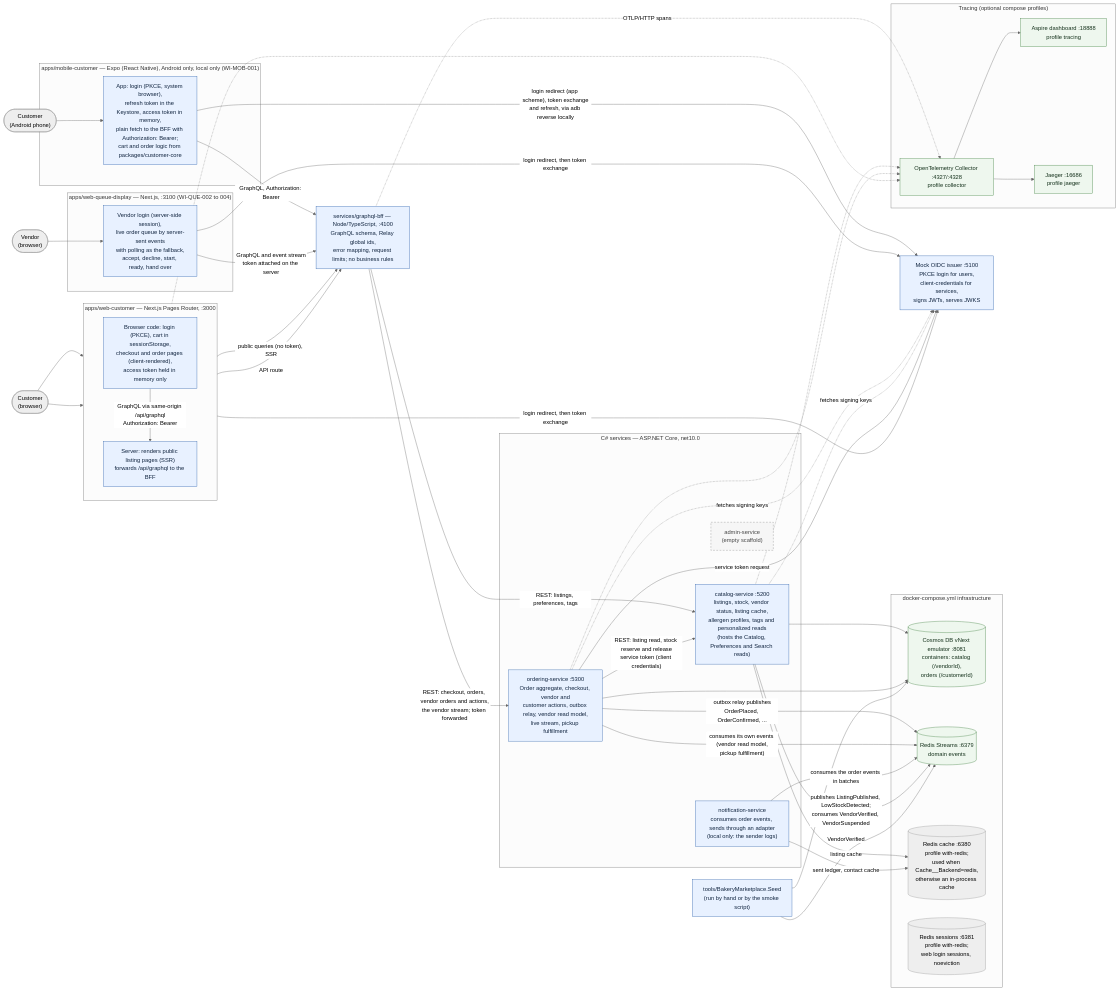
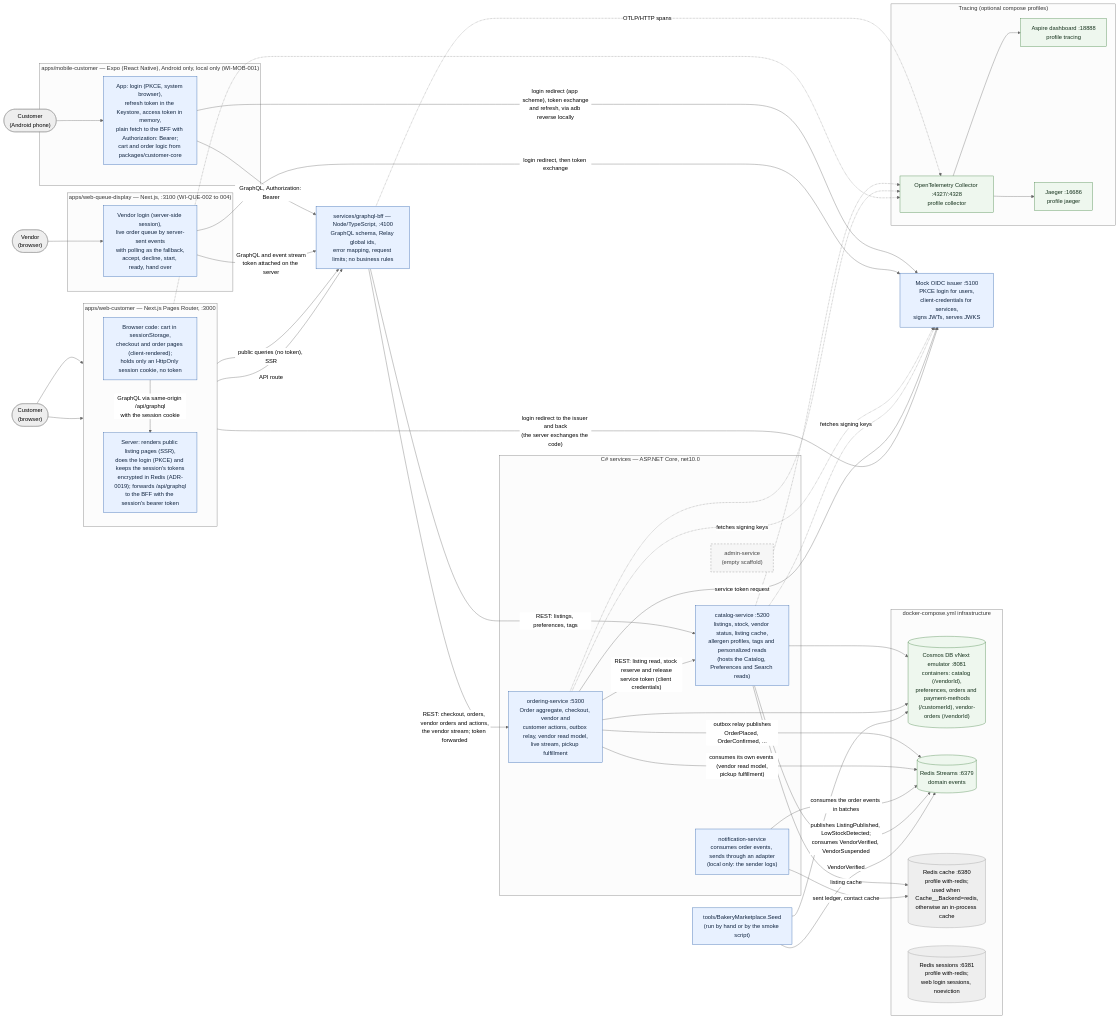
The first of 2 diagrams in docs/architecture/c4/container.md (benjamin-hedrick/bakery-marketplace), drawn with Mermaid (neutral theme) before and after one commit. The commit also changed other lines of this file, not shown here.

Commit message:
Container diagram: the customer app's login and tokens are on its server (ADR-0019); the Cosmos containers listed
The diagram still said the browser does the PKCE login and holds the access token in memory, which stopped
being true when ADR-0019 moved the session to the web app's server (HttpOnly cookie, tokens encrypted in
Redis, bearer attached by /api/graphql). The Cosmos box now names every container the services create.
Found by the public-presentation review, 2026-11-16.

```diff
--- a/docs/architecture/c4/container.md
+++ b/docs/architecture/c4/container.md
@@ -19,8 +19,8 @@
 
     subgraph WEB["apps/web-customer — Next.js Pages Router, :3000"]
         direction TB
-        SSR["Server: renders public listing pages (SSR)<br/>forwards /api/graphql to the BFF"]
-        CSR["Browser code: login (PKCE), cart in sessionStorage,<br/>checkout and order pages (client-rendered),<br/>access token held in memory only"]
+        SSR["Server: renders public listing pages (SSR),<br/>does the login (PKCE) and keeps the session's tokens<br/>encrypted in Redis (ADR-0019); forwards /api/graphql<br/>to the BFF with the session's bearer token"]
+        CSR["Browser code: cart in sessionStorage,<br/>checkout and order pages (client-rendered);<br/>holds only an HttpOnly session cookie, no token"]
     end
 
     subgraph APP["apps/mobile-customer — Expo (React Native), Android only, local only (WI-MOB-001)"]
@@ -43,7 +43,7 @@
     OIDC["Mock OIDC issuer :5100<br/>PKCE login for users,<br/>client-credentials for services,<br/>signs JWTs, serves JWKS"]
 
     subgraph STORES["docker-compose.yml infrastructure"]
-        COSMOS[("Cosmos DB vNext emulator :8081<br/>containers: catalog (/vendorId),<br/>orders (/customerId)")]
+        COSMOS[("Cosmos DB vNext emulator :8081<br/>containers: catalog (/vendorId),<br/>preferences, orders and payment-methods<br/>(/customerId), vendor-orders (/vendorId)")]
         REDISEV[("Redis Streams :6379<br/>domain events")]
         REDISCACHE[("Redis cache :6380<br/>profile with-redis;<br/>used when Cache__Backend=redis,<br/>otherwise an in-process cache")]
         REDISSESS[("Redis sessions :6381<br/>profile with-redis;<br/>web login sessions, noeviction")]
@@ -62,8 +62,8 @@
     MOB -->|"GraphQL, Authorization: Bearer"| BFF
     USER --> SSR
     USER --> CSR
-    CSR -->|"login redirect, then token exchange"| OIDC
-    CSR -->|"GraphQL via same-origin /api/graphql<br/>Authorization: Bearer"| SSR
+    CSR -->|"login redirect to the issuer and back<br/>(the server exchanges the code)"| OIDC
+    CSR -->|"GraphQL via same-origin /api/graphql<br/>with the session cookie"| SSR
     SSR -->|"public queries (no token), SSR"| BFF
     SSR -->|"API route"| BFF
     VENDOR(["Vendor<br/>(browser)"]) --> QD
```
